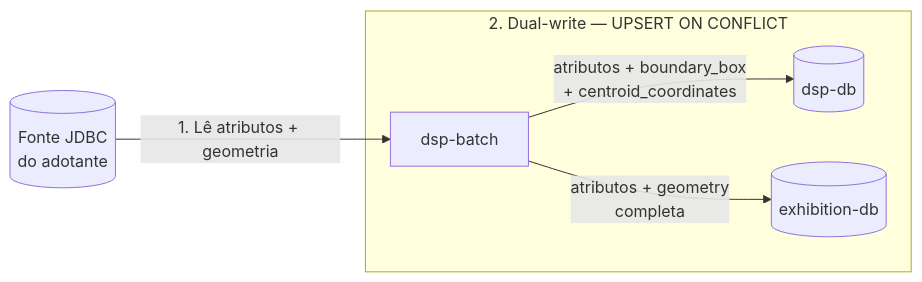
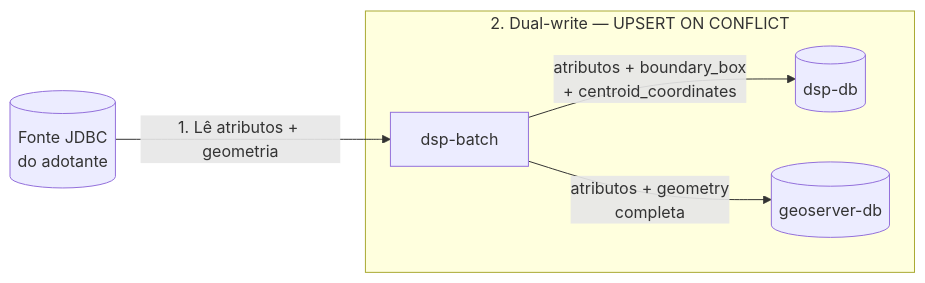
The second of 2 diagrams in docs/architecture/databases.md (kleber-albino/rer-dsp-docs), drawn with Mermaid before and after one commit. The commit also changed other lines of this file and 14 other files, not shown here.

First line of the commit message:
docs: rename ` geoserver-exhibition-db` references to `geoserver-db` across documentation

````diff
--- a/docs/architecture/databases.md
+++ b/docs/architecture/databases.md
@@ -93,9 +93,9 @@
 ```mermaid
 flowchart LR
   src[(Fonte JDBC<br/>do adotante)] -->|1. Lê atributos + geometria| job[dsp-batch]
 
   subgraph write ["2. Dual-write — UPSERT ON CONFLICT"]
     job -->|"atributos + boundary_box<br/>+ centroid_coordinates"| dspdb[(dsp-db)]
-    job -->|"atributos + geometry<br/>completa"| exdb[(exhibition-db)]
+    job -->|"atributos + geometry<br/>completa"| exdb[(geoserver-db)]
   end
 ```
````
